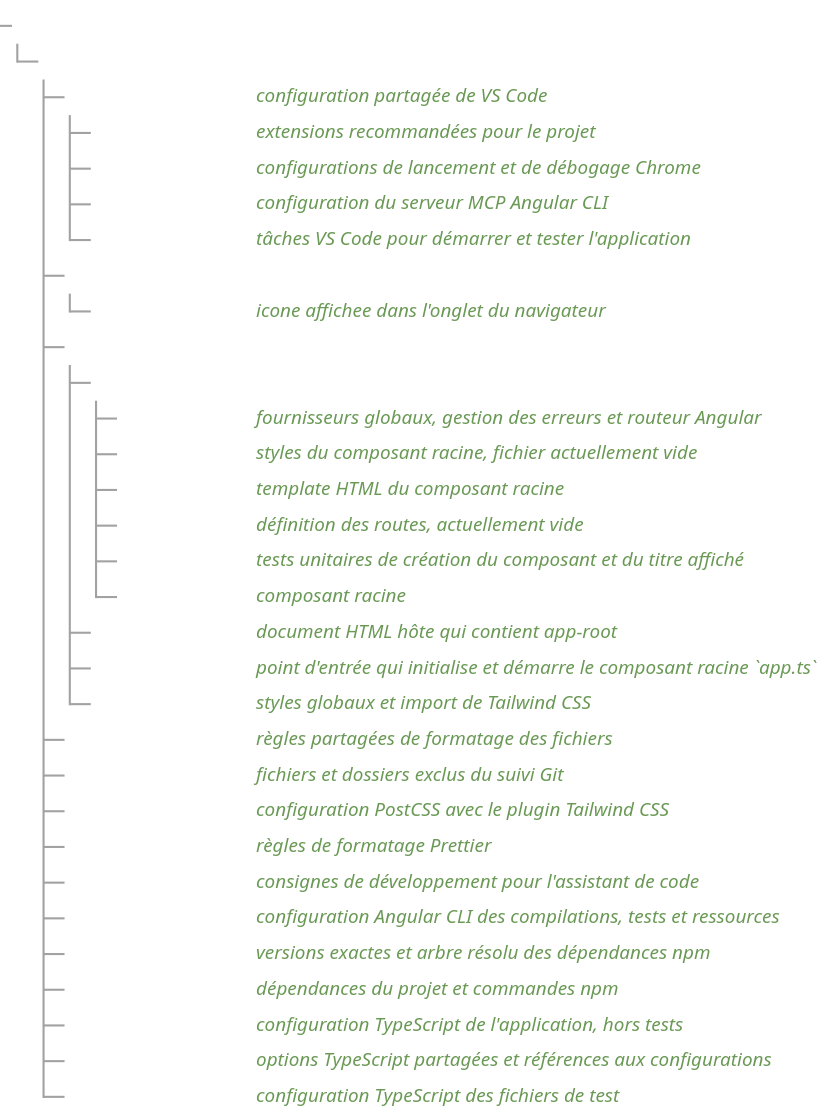
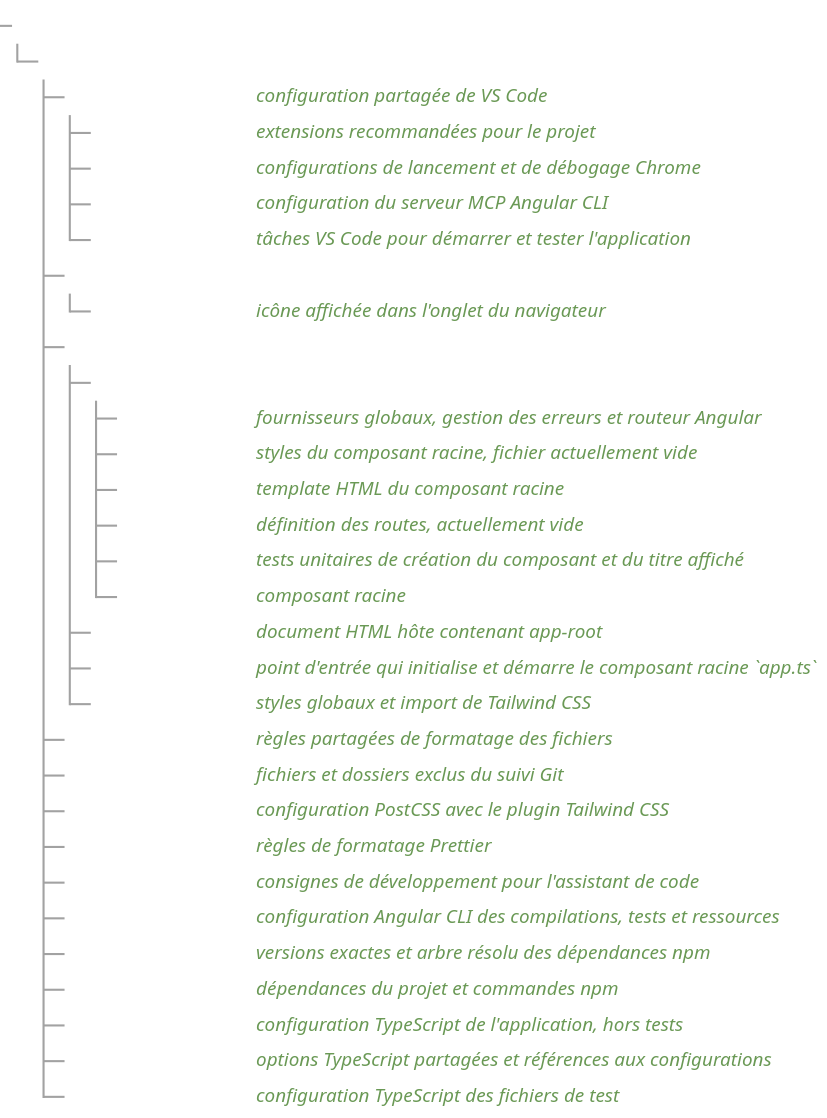
One commit to AichehA/starterAngular22 changed the diagram in README.md. Above: the diagram before and after it, drawn with Mermaid. The commit also changed other lines of this file, not shown here.

````diff
--- a/README.md
+++ b/README.md
@@ -41,44 +41,44 @@
 ```mermaid
 ---
 config:
     treeView:
         rowIndent: 20
         lineThickness: 2
     themeVariables:
         treeView:
             labelFontSize: '18px'
             labelColor: '#FFFFFF'
             lineColor: '#a2a2a2'
 ---
 treeView-beta
   starterAngular22/
     .vscode/ ## configuration partagée de VS Code
       extensions.json ## extensions recommandées pour le projet
       launch.json ## configurations de lancement et de débogage Chrome
       mcp.json ## configuration du serveur MCP Angular CLI
       tasks.json ## tâches VS Code pour démarrer et tester l'application
     public/
-      favicon.ico ## icone affichee dans l'onglet du navigateur
+      favicon.ico ## icône affichée dans l'onglet du navigateur
     src/
       app/
         app.config.ts ## fournisseurs globaux, gestion des erreurs et routeur Angular
         app.css ## styles du composant racine, fichier actuellement vide
         app.html ## template HTML du composant racine
         app.routes.ts ## définition des routes, actuellement vide
         app.spec.ts ## tests unitaires de création du composant et du titre affiché
         app.ts ## composant racine
-      index.html ## document HTML hôte qui contient app-root
+      index.html ## document HTML hôte contenant app-root
       main.ts ## point d'entrée qui initialise et démarre le composant racine `app.ts`
       styles.css ## styles globaux et import de Tailwind CSS
     .editorconfig ## règles partagées de formatage des fichiers
     .gitignore ## fichiers et dossiers exclus du suivi Git
     .postcssrc.json ## configuration PostCSS avec le plugin Tailwind CSS
     .prettierrc ## règles de formatage Prettier
     AGENTS.md ## consignes de développement pour l'assistant de code
     angular.json ## configuration Angular CLI des compilations, tests et ressources
     package-lock.json ## versions exactes et arbre résolu des dépendances npm
     package.json ## dépendances du projet et commandes npm
     tsconfig.app.json ## configuration TypeScript de l'application, hors tests
     tsconfig.json ## options TypeScript partagées et références aux configurations
     tsconfig.spec.json ## configuration TypeScript des fichiers de test
 ```
````
